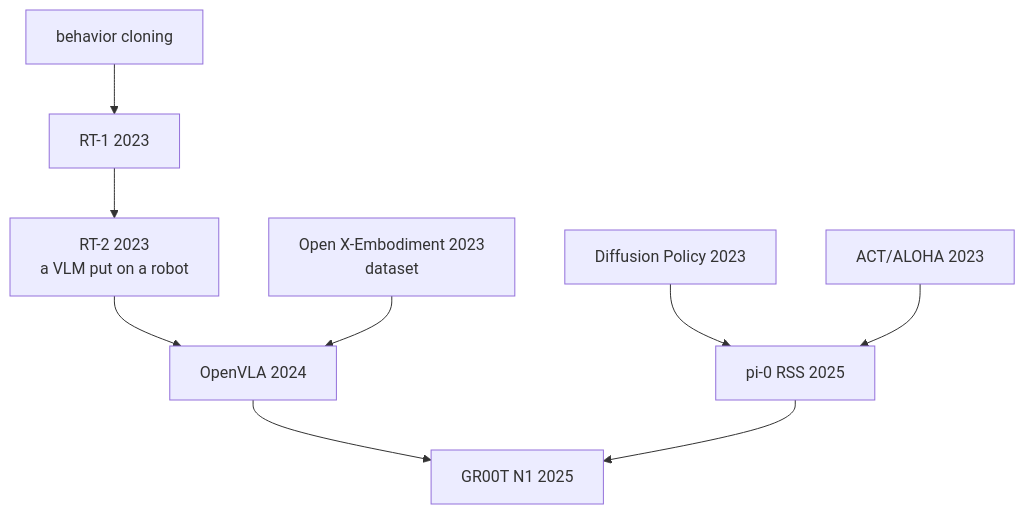
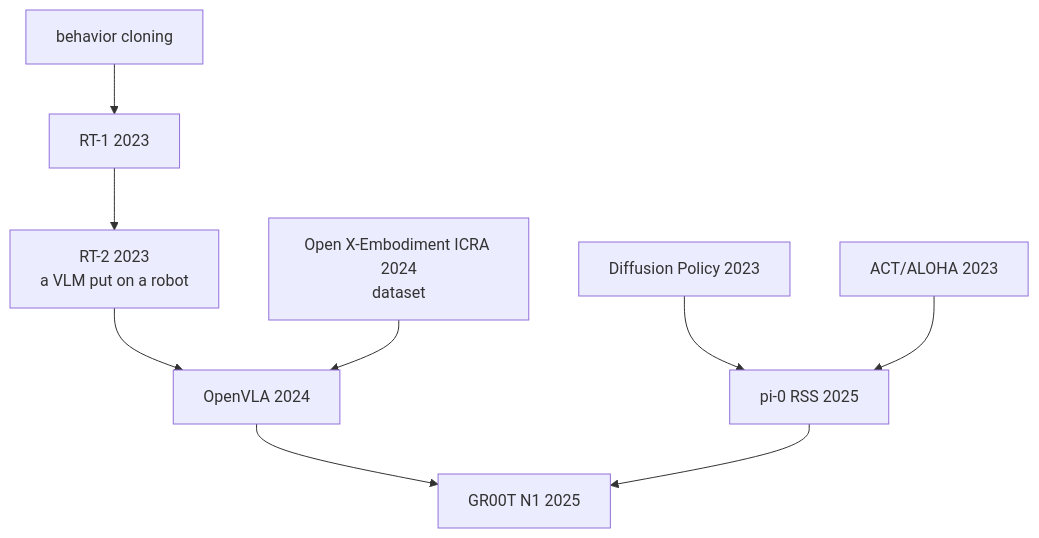
Before and after one commit to jiseop-byeon/phd-wiki: the fifth of 12 diagrams in content/03-deep-learning/lineage.md, drawn with Mermaid. The commit also changed other lines of this file and 6 other files, not shown here.

````diff
--- a/content/03-deep-learning/lineage.md
+++ b/content/03-deep-learning/lineage.md
@@ -88,11 +88,11 @@
 ```mermaid
 graph TD
     BCE["behavior cloning"] --> RT1E["RT-1 2023"]
     RT1E --> RT2E["RT-2 2023<br/>a VLM put on a robot"]
     DPE["Diffusion Policy 2023"] --> Pi0E2["pi-0 RSS 2025"]
     ACTE["ACT/ALOHA 2023"] --> Pi0E2
     RT2E --> OpenVLAE["OpenVLA 2024"]
-    OXEE["Open X-Embodiment 2023<br/>dataset"] --> OpenVLAE
+    OXEE["Open X-Embodiment ICRA 2024<br/>dataset"] --> OpenVLAE
     OpenVLAE --> GR00TE["GR00T N1 2025"]
     Pi0E2 --> GR00TE
 ```
````
